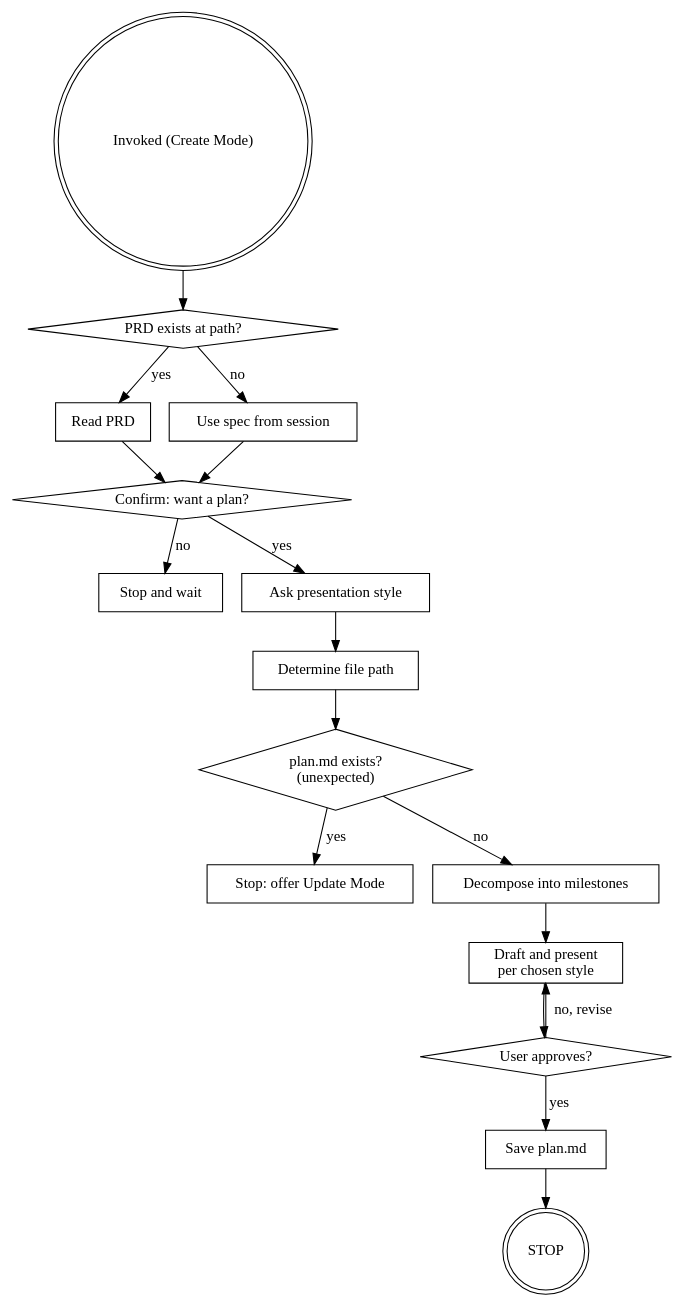
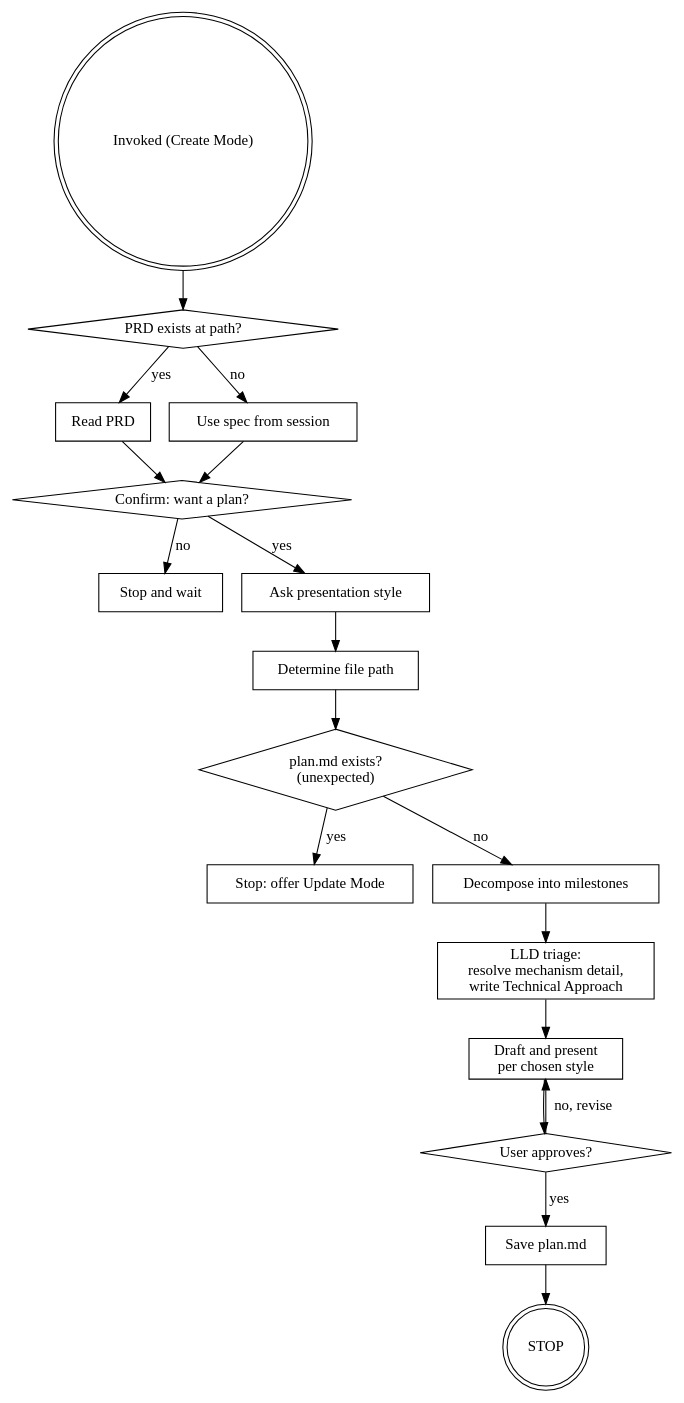
One commit to walnashgit/mysuperpowers changed the first of 2 diagrams in skills/milestone-planning/SKILL.md. Above: the diagram before and after it, drawn with Graphviz. The commit also changed other lines of this file and 5 other files, not shown here.

````diff
--- a/skills/milestone-planning/SKILL.md
+++ b/skills/milestone-planning/SKILL.md
@@ -51,36 +52,38 @@
 ```dot
 digraph milestone_planning {
     "Invoked (Create Mode)" [shape=doublecircle];
     "PRD exists at path?" [shape=diamond];
     "Read PRD" [shape=box];
     "Use spec from session" [shape=box];
     "Confirm: want a plan?" [shape=diamond];
     "Stop and wait" [shape=box];
     "Ask presentation style" [shape=box];
     "Determine file path" [shape=box];
     "plan.md exists?\n(unexpected)" [shape=diamond];
     "Stop: offer Update Mode" [shape=box];
     "Decompose into milestones" [shape=box];
+    "LLD triage:\nresolve mechanism detail,\nwrite Technical Approach" [shape=box];
     "Draft and present\nper chosen style" [shape=box];
     "User approves?" [shape=diamond];
     "Save plan.md" [shape=box];
     "STOP" [shape=doublecircle];
 
     "Invoked (Create Mode)" -> "PRD exists at path?";
     "PRD exists at path?" -> "Read PRD" [label="yes"];
     "PRD exists at path?" -> "Use spec from session" [label="no"];
     "Read PRD" -> "Confirm: want a plan?";
     "Use spec from session" -> "Confirm: want a plan?";
     "Confirm: want a plan?" -> "Stop and wait" [label="no"];
     "Confirm: want a plan?" -> "Ask presentation style" [label="yes"];
     "Ask presentation style" -> "Determine file path";
     "Determine file path" -> "plan.md exists?\n(unexpected)";
     "plan.md exists?\n(unexpected)" -> "Stop: offer Update Mode" [label="yes"];
     "plan.md exists?\n(unexpected)" -> "Decompose into milestones" [label="no"];
-    "Decompose into milestones" -> "Draft and present\nper chosen style";
+    "Decompose into milestones" -> "LLD triage:\nresolve mechanism detail,\nwrite Technical Approach";
+    "LLD triage:\nresolve mechanism detail,\nwrite Technical Approach" -> "Draft and present\nper chosen style";
     "Draft and present\nper chosen style" -> "User approves?";
     "User approves?" -> "Draft and present\nper chosen style" [label="no, revise"];
     "User approves?" -> "Save plan.md" [label="yes"];
     "Save plan.md" -> "STOP";
 }
 ```
````
